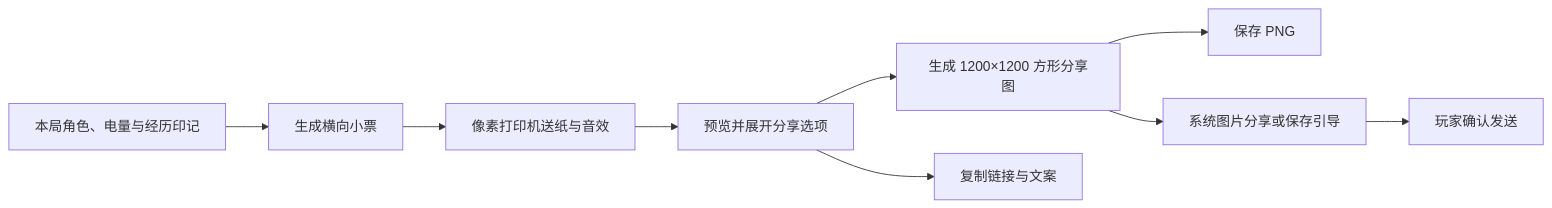
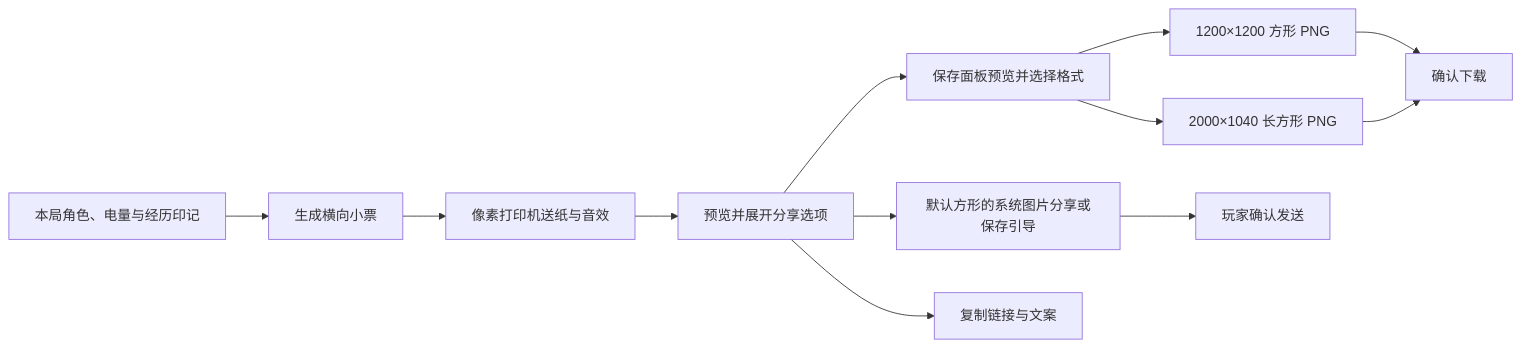
One commit to wsLuYao/social-battery-game changed the fourth of 4 diagrams in README.md. Above: the diagram before and after it, drawn with Mermaid. The commit also changed other lines of this file and 56 other files, not shown here.

````diff
--- a/README.md
+++ b/README.md
@@ -134,11 +144,14 @@
 ```mermaid
 flowchart LR
     A[本局角色、电量与经历印记] --> B[生成横向小票]
     B --> C[像素打印机送纸与音效]
     C --> D[预览并展开分享选项]
-    D --> S[生成 1200×1200 方形分享图]
-    S --> E[保存 PNG]
-    S --> F[系统图片分享或保存引导]
+    D --> E[保存面板预览并选择格式]
+    E --> S[1200×1200 方形 PNG]
+    E --> L[2000×1040 长方形 PNG]
+    S --> P[确认下载]
+    L --> P
+    D --> F[默认方形的系统图片分享或保存引导]
     D --> G[复制链接与文案]
     F --> H[玩家确认发送]
 ```
````
